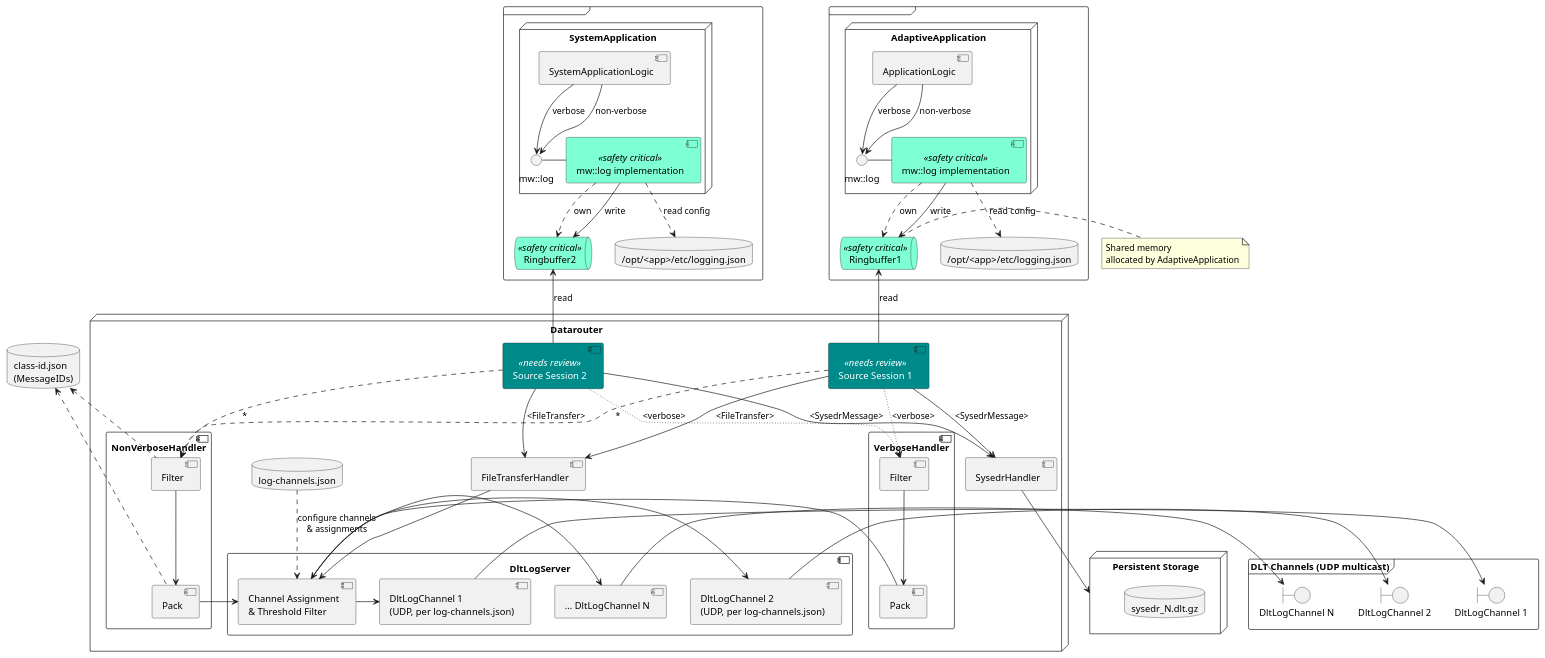
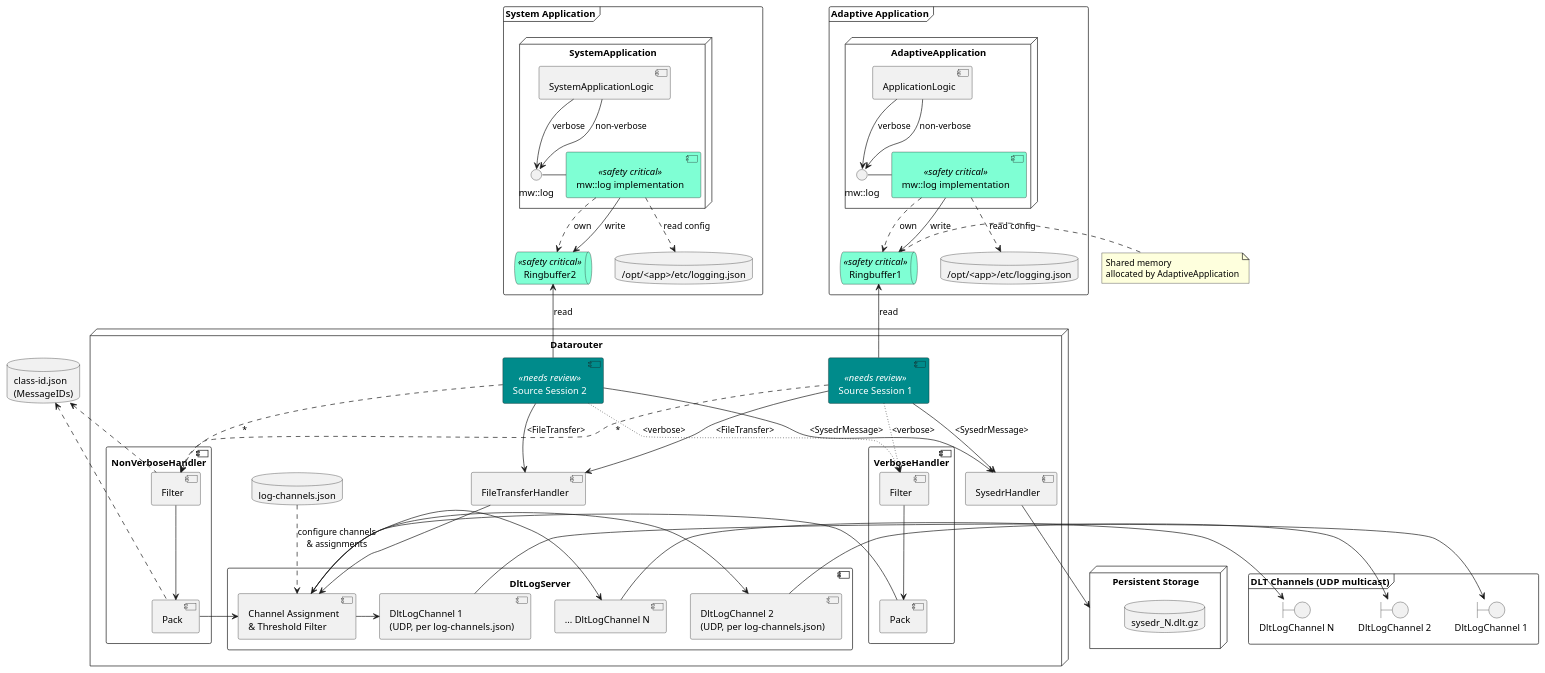
One commit to eclipse-score/logging changed the diagram in score/datarouter/doc/design/uml/context-details.puml. Above: the diagram before and after it, drawn with PlantUML. The commit also changed 3 other files, not shown here.

First line of the commit message:
Fix remaining PlantUML parser issues in PAS logging docs

```diff
--- a/score/datarouter/doc/design/uml/context-details.puml
+++ b/score/datarouter/doc/design/uml/context-details.puml
@@ -14,130 +14,130 @@
-@startuml
+@startuml context-details
 
 skinparam component {
   backgroundColor<<safety critical>> Aquamarine
   backgroundColor<<needs review>> DarkCyan
   fontColor<<needs review>> White
 }
 
 skinparam queue {
 	backgroundColor<<safety critical>> Aquamarine
 }
 
-frame {
+frame "Adaptive Application" as adaptive_application_context {
   node AdaptiveApplication {
     component ApplicationLogic
     interface "mw::log" as aralog1
     component "mw::log implementation" <<safety critical>> as aralog1_impl
 
     aralog1 - aralog1_impl
     ApplicationLogic --> aralog1 : verbose
     ApplicationLogic --> aralog1 : non-verbose
   }
 
   queue Ringbuffer1 <<safety critical>> as RB1
   database "/opt/<app>/etc/logging.json" as cfg1
   aralog1_impl ..> cfg1 : read config
 }
 
-frame {
+frame "System Application" as system_application_context {
   node SystemApplication {
     component SystemApplicationLogic
     interface "mw::log" as aralog2
     component "mw::log implementation" <<safety critical>> as aralog2_impl
 
     aralog2 - aralog2_impl
     SystemApplicationLogic --> aralog2 : verbose
     SystemApplicationLogic --> aralog2 : non-verbose
   }
 
   queue Ringbuffer2 <<safety critical>> as RB2
   database "/opt/<app>/etc/logging.json" as cfg2
   aralog2_impl ..> cfg2 : read config
 }
 
 note right of RB1
   Shared memory
   allocated by AdaptiveApplication
 end note
 
 aralog1_impl ..> RB1 : own
 aralog2_impl ..> RB2 : own
 aralog1_impl --> RB1 : write
 aralog2_impl --> RB2 : write
 
 database "class-id.json\n(MessageIDs)" as type_id
 
 node "Datarouter" {
 
   component [Source Session 1] <<needs review>> as sourcesession1
   component [Source Session 2] <<needs review>> as sourcesession2
 
   component "NonVerboseHandler" as nvh {
     component "Filter" as nvfilter
     component "Pack" as nvpack
 
     type_id <.. nvfilter
     type_id <.. nvpack
     nvfilter --> nvpack
   }
 
   RB1 <-- sourcesession1 : read
   RB2 <-- sourcesession2 : read
 
   component "VerboseHandler" as vh {
     component "Pack" as vpack
     component "Filter" as vfilter
 
     vfilter --> vpack
   }
 
   component "FileTransferHandler" as fthandler {
   }
 
   component "DltLogServer" as dlt_out {
     component "Channel Assignment\n& Threshold Filter" as Demux
     component "DltLogChannel 1\n(UDP, per log-channels.json)" as dlt_ch1
     component "DltLogChannel 2\n(UDP, per log-channels.json)" as dlt_ch2
     component "... DltLogChannel N" as dlt_chN
     Demux -> dlt_ch1
     Demux -> dlt_ch2
     Demux -> dlt_chN
   }
 
   database "log-channels.json" as channels_cfg
   channels_cfg ..> Demux : configure channels\n& assignments
 
   component "SysedrHandler" as sysedr_handler {
   }
 }
 
 node "Persistent Storage" as persistent_storage {
   database "sysedr_N.dlt.gz" as sysedr_files
 }
 
 sysedr_handler --> persistent_storage
 
 frame "DLT Channels (UDP multicast)" {
   boundary "DltLogChannel 1" as udp_1
   boundary "DltLogChannel 2" as udp_2
   boundary "DltLogChannel N" as udp_N
 }
 
 sourcesession1 ~~> vfilter : <verbose>
 sourcesession2 ~~> vfilter : <verbose>
 sourcesession1 ..> nvfilter : *
 sourcesession2 ..> nvfilter : *
 sourcesession1 --> sysedr_handler : <SysedrMessage>
 sourcesession2 --> sysedr_handler : <SysedrMessage>
 sourcesession1 --> fthandler : <FileTransfer>
 sourcesession2 --> fthandler : <FileTransfer>
 
 vpack -> Demux
 nvpack -> Demux
 fthandler -> Demux
 
 dlt_ch1 -> udp_1
 dlt_ch2 -> udp_2
 dlt_chN -> udp_N
 
 @enduml
```
